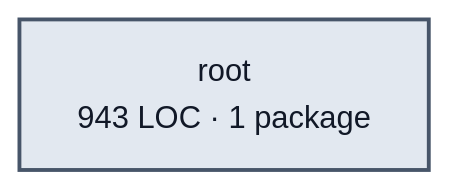
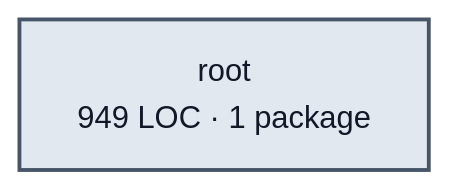
Before and after one commit to portpowered/you-agent-factory: the diagram in docs/architecture/visualizations/services/edges.md, drawn with Mermaid. The commit also changed other lines of this file and 20 other files, not shown here.

Commit message:
docs: refresh backend architecture visualizations

````diff
--- a/docs/architecture/visualizations/services/edges.md
+++ b/docs/architecture/visualizations/services/edges.md
@@ -11,5 +11,5 @@
 ```mermaid
 flowchart LR
-  p0["root<br/>943 LOC · 1 package"]
+  p0["root<br/>949 LOC · 1 package"]
   style p0 fill:#e2e8f0,stroke:#475569,stroke-width:2px,color:#111827
 ```
````
